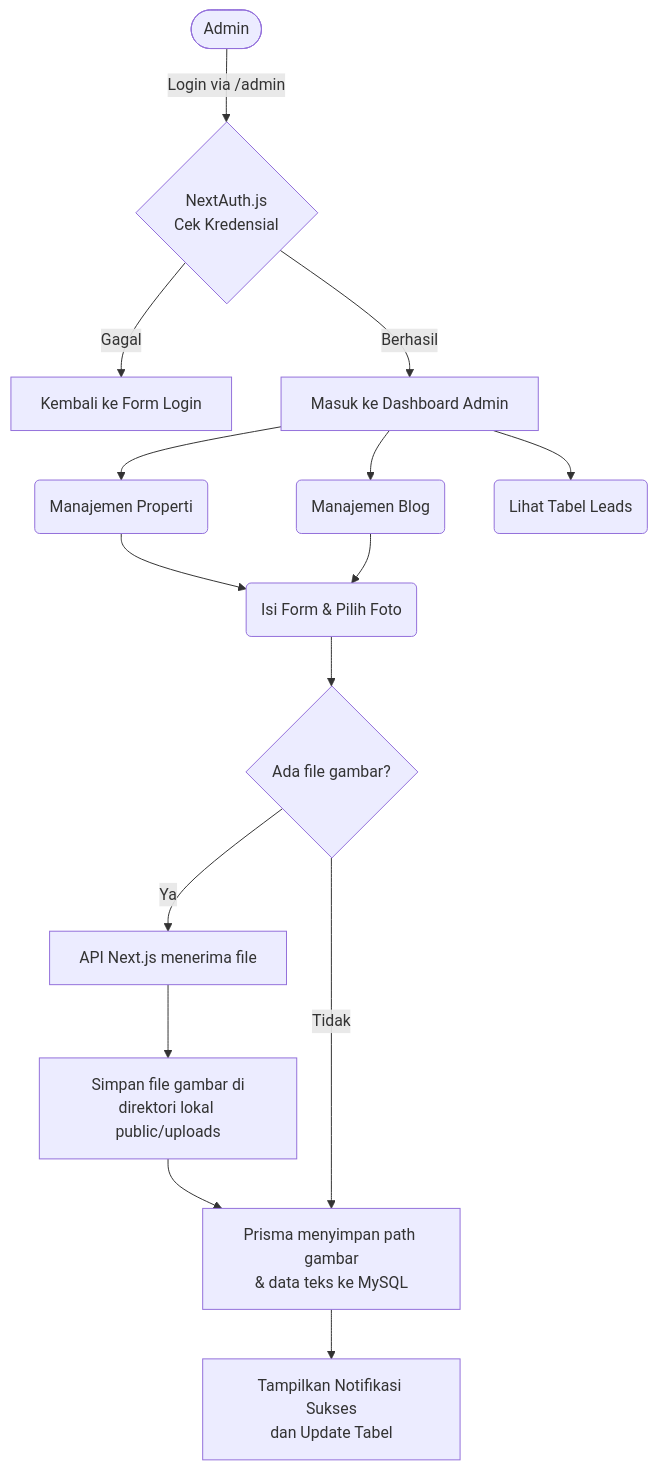
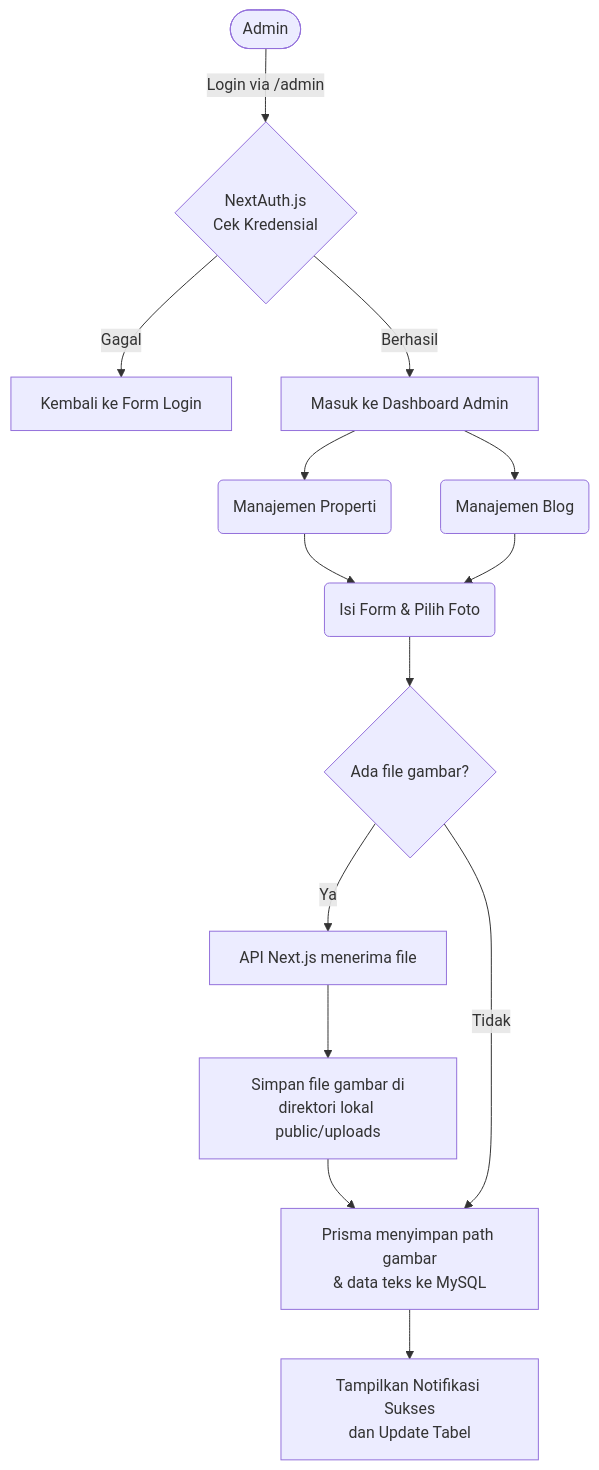
One commit to najmifaza/rumio.id changed the third of 3 diagrams in docs/flowchart.md. Above: the diagram before and after it, drawn with Mermaid. The commit also changed other lines of this file and 58 other files, not shown here.

````diff
--- a/docs/flowchart.md
+++ b/docs/flowchart.md
@@ -62,25 +56,24 @@
 ```mermaid
 flowchart TD
     Admin([Admin])
 
     Admin -->|Login via /admin| Auth{NextAuth.js\nCek Kredensial}
     Auth -- Gagal --> LoginUI[Kembali ke Form Login]
     Auth -- Berhasil --> Dashboard[Masuk ke Dashboard Admin]
 
     Dashboard --> Action1(Manajemen Properti)
     Dashboard --> Action2(Manajemen Blog)
-    Dashboard --> Action3(Lihat Tabel Leads)
 
     Action1 --> Form(Isi Form & Pilih Foto)
     Action2 --> Form
 
     Form --> UploadCheck{Ada file gambar?}
 
     UploadCheck -- Ya --> APIUpload[API Next.js menerima file]
     APIUpload --> UploadLocal[Simpan file gambar di\ndirektori lokal public/uploads]
     UploadLocal --> SaveDB[Prisma menyimpan path gambar\n& data teks ke MySQL]
 
     UploadCheck -- Tidak --> SaveDB
 
     SaveDB --> Success[Tampilkan Notifikasi Sukses\ndan Update Tabel]
 ```
````
